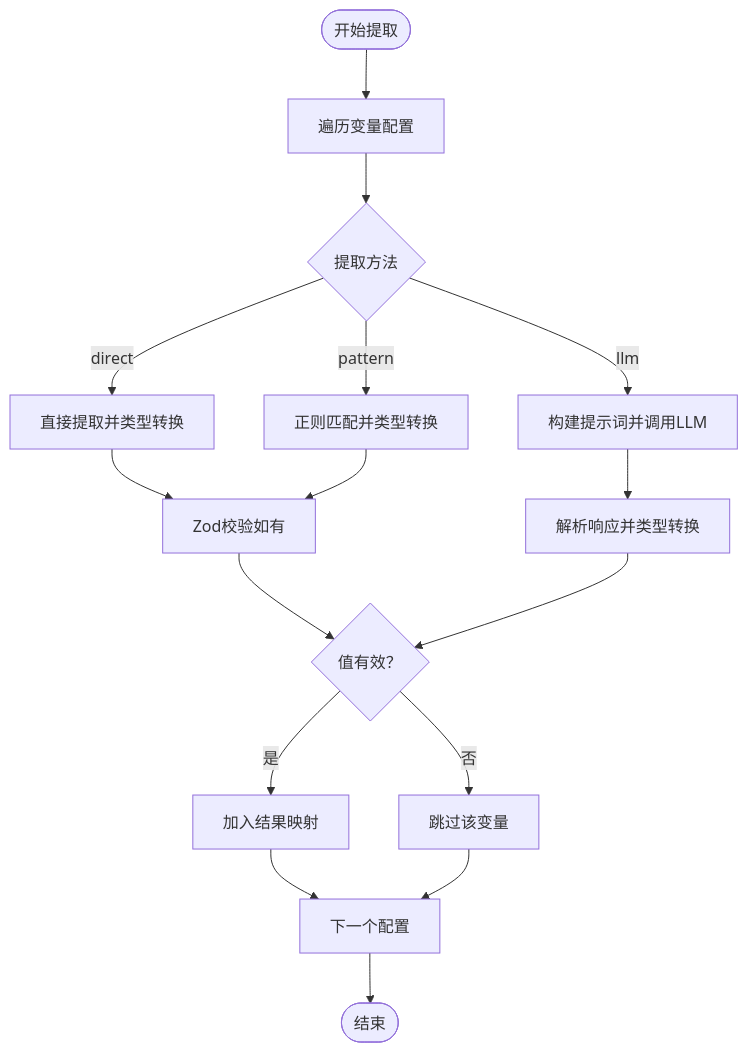
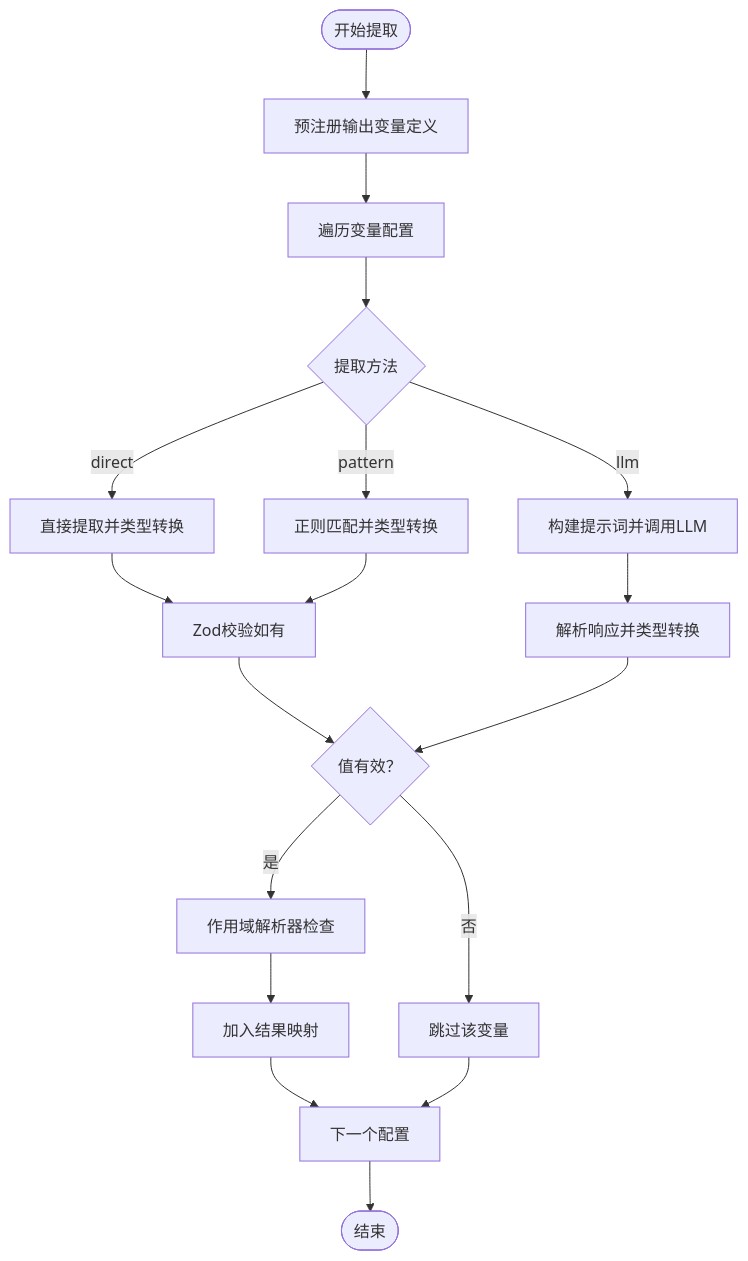
Before and after one commit to EverettCamus/HeartRule-Qoder: the fifth of 6 diagrams in .qoder/repowiki/zh/content/核心引擎系统/变量提取引擎.md, drawn with Mermaid. The commit also changed other lines of this file and 31 other files, not shown here.

````diff
--- a/.qoder/repowiki/zh/content/核心引擎系统/变量提取引擎.md
+++ b/.qoder/repowiki/zh/content/核心引擎系统/变量提取引擎.md
@@ -201,18 +270,20 @@
 ```mermaid
 flowchart TD
-Start(["开始提取"]) --> ForEach["遍历变量配置"]
+Start(["开始提取"]) --> PreRegister["预注册输出变量定义"]
+PreRegister --> ForEach["遍历变量配置"]
 ForEach --> Method{"提取方法"}
 Method --> |direct| Direct["直接提取并类型转换"]
 Method --> |pattern| Pattern["正则匹配并类型转换"]
 Method --> |llm| LLM["构建提示词并调用LLM"]
 Direct --> Validate["Zod校验如有"]
 Pattern --> Validate
 LLM --> Parse["解析响应并类型转换"]
 Validate --> Valid{"值有效？"}
 Parse --> Valid
-Valid --> |是| Store["加入结果映射"]
+Valid --> |是| ScopeCheck["作用域解析器检查"]
 Valid --> |否| Skip["跳过该变量"]
+ScopeCheck --> Store["加入结果映射"]
 Store --> Next["下一个配置"]
 Skip --> Next
 Next --> End(["结束"])
 ```
````
